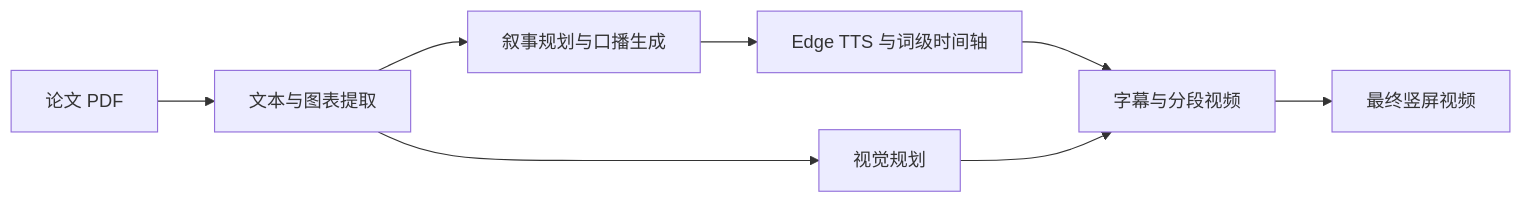
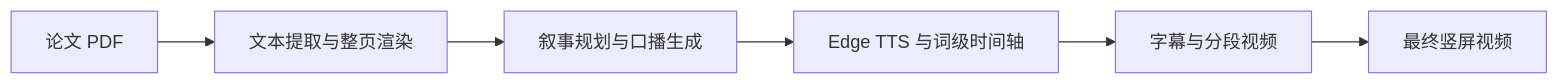
The diagram in README.md (QXP1997/paper-video-agent), drawn with Mermaid before and after one commit. The commit also changed other lines of this file and 7 other files, not shown here.

````diff
--- a/README.md
+++ b/README.md
@@ -57,10 +57,8 @@
 ```mermaid
 flowchart LR
-    A[论文 PDF] --> B[文本与图表提取]
+    A[论文 PDF] --> B[文本提取与整页渲染]
     B --> C[叙事规划与口播生成]
     C --> D[Edge TTS 与词级时间轴]
-    B --> E[视觉规划]
     D --> F[字幕与分段视频]
-    E --> F
     F --> G[最终竖屏视频]
 ```
````
